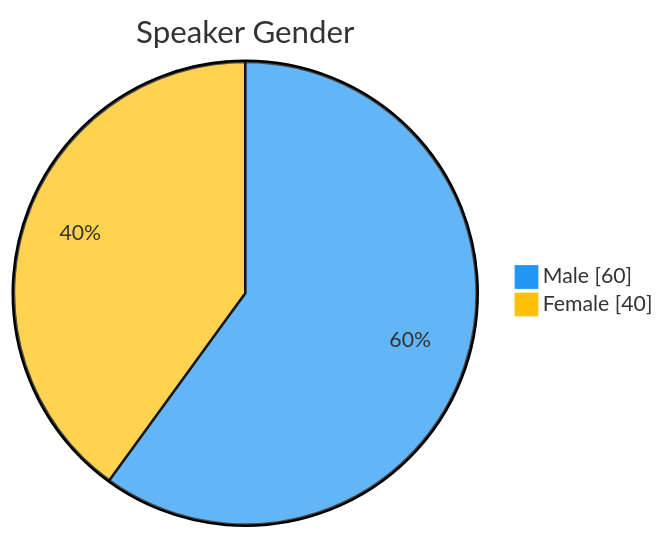
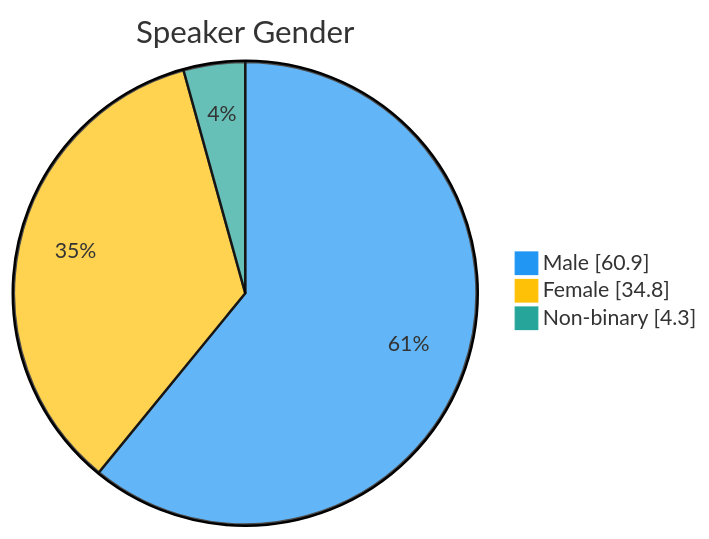
One commit to pytexas/pytexas.github.io changed the sixth of 8 diagrams in docs/blog/posts/2026-conference-recap.md. Above: the diagram before and after it, drawn with Mermaid. The commit also changed other lines of this file, not shown here.

````diff
--- a/docs/blog/posts/2026-conference-recap.md
+++ b/docs/blog/posts/2026-conference-recap.md
@@ -345,7 +349,8 @@
 ```mermaid
 %%{init: {'theme': 'base', 'themeVariables': { 'pie1': '#2196F3', 'pie2': '#FFC107', 'pie3': '#26A69A', 'pie4': '#FB8C00', 'pie5': '#5C6BC0', 'pie6': '#039BE5', 'pie7': '#FF7043'}}}%%
 pie showData
     title Speaker Gender
-    "Male": 60
-    "Female": 40
+    "Male": 60.9
+    "Female": 34.8
+    "Non-binary": 4.3
 ```
````
